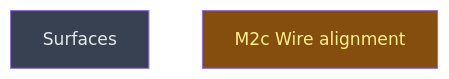
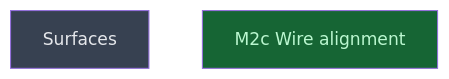
One commit to CrackingShells/Candler changed the diagram in __roadmap__/candler-v1/contracts/parity/alignment/README.md. Above: the diagram before and after it, drawn with Mermaid. The commit also changed other lines of this file and 2 other files, not shown here.

Commit message:
reports(experiment): close the m2c-wire-alignment milestone
The knowledge-transfer report records what shipped in PR 14, the gates
not met as written, the three behaviour changes without a breaking
marker, the flakes and the root cause of b33's, and what M4 inherits:
imported strata are refused under D8 until a rule for them is decided.
The milestone leaf is done.

````diff
--- a/__roadmap__/candler-v1/contracts/parity/alignment/README.md
+++ b/__roadmap__/candler-v1/contracts/parity/alignment/README.md
@@ -16,10 +16,10 @@
 ```mermaid
 graph TD
     surfaces[Surfaces]:::planned
-    m2c_wire_alignment[M2c Wire alignment]:::inprogress
+    m2c_wire_alignment[M2c Wire alignment]:::done
     classDef done       fill:#166534,color:#bbf7d0
     classDef inprogress fill:#854d0e,color:#fef08a
     classDef planned    fill:#374151,color:#e5e7eb
     classDef amendment  fill:#1e3a5f,color:#bfdbfe
     classDef blocked    fill:#7f1d1d,color:#fecaca
 ```
````
